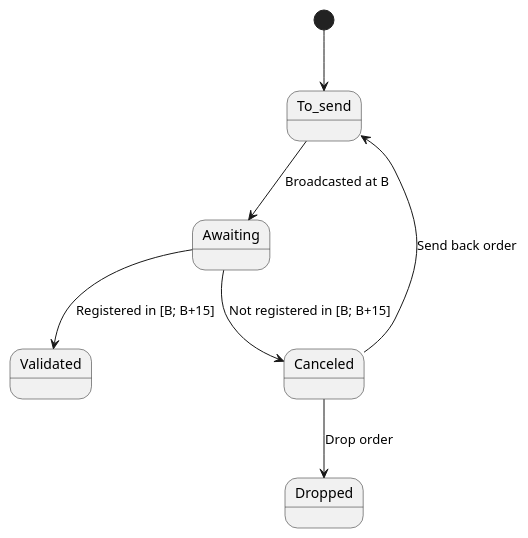
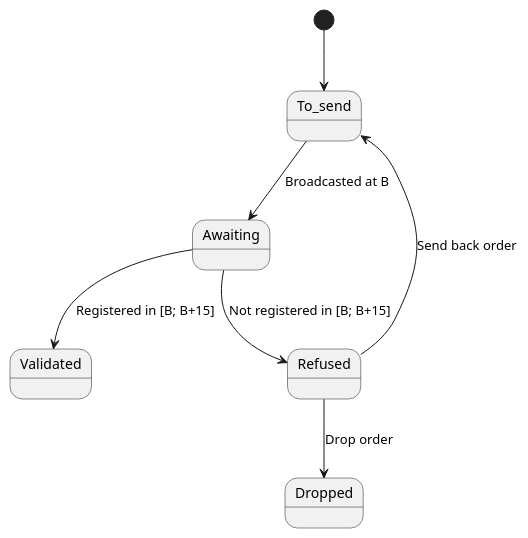
One commit to duniter/sakia changed the diagram in doc/uml/tx_lifecycle.pu. Above: the diagram before and after it, drawn with PlantUML.

Commit message:
Describing transactions lifecycle

```diff
--- a/doc/uml/tx_lifecycle.pu
+++ b/doc/uml/tx_lifecycle.pu
@@ -1,10 +1,10 @@
 @startuml
 
 [*] --> To_send
 To_send --> Awaiting : Broadcasted at B
 Awaiting --> Validated : Registered in [B; B+15]
-Awaiting --> Canceled : Not registered in [B; B+15]
-Canceled --> To_send : Send back order
-Canceled --> Dropped : Drop order
+Awaiting --> Refused : Not registered in [B; B+15]
+Refused --> To_send : Send back order
+Refused --> Dropped : Drop order
 
 @enduml
```
